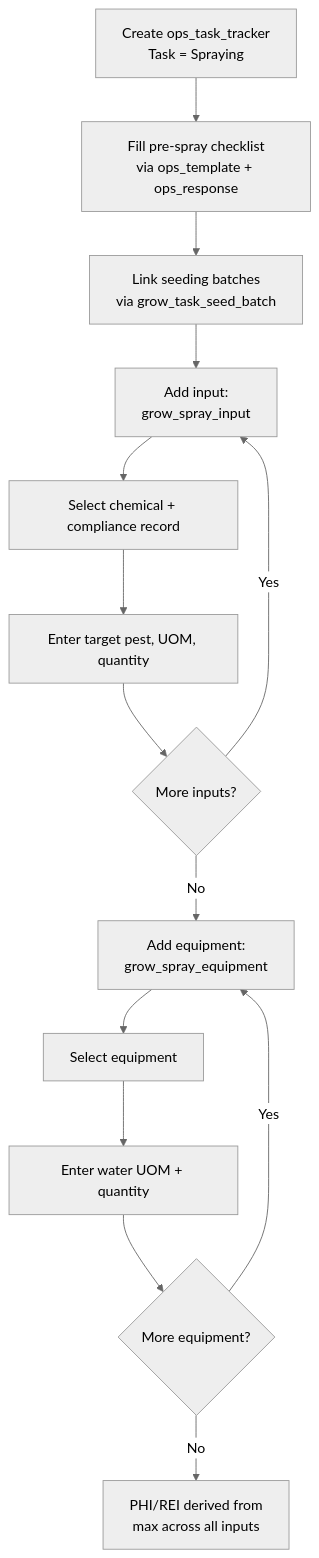
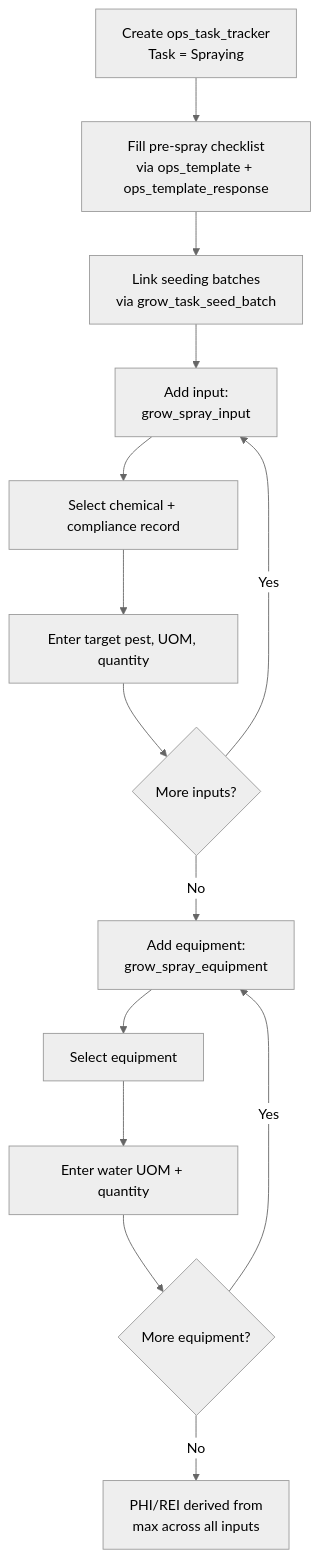
The diagram in docs/processes/20260324_06_grow_spraying_workflow.md (Hawaii-Farming/aloha-app), drawn with Mermaid (neutral theme) before and after one commit. The commit also changed other lines of this file and 9 other files, not shown here.

First line of the commit message:
Rename ops_question/response to ops_template_question/response, rename sales columns, cleanup

````diff
--- a/docs/processes/20260324_06_grow_spraying_workflow.md
+++ b/docs/processes/20260324_06_grow_spraying_workflow.md
@@ -69,16 +69,16 @@
 ```mermaid
 flowchart TD
-    A[Create ops_task_tracker\nTask = Spraying] --> B[Fill pre-spray checklist\nvia ops_template + ops_response]
+    A[Create ops_task_tracker\nTask = Spraying] --> B[Fill pre-spray checklist\nvia ops_template + ops_template_response]
     B --> C[Link seeding batches\nvia grow_task_seed_batch]
     C --> D[Add input:\ngrow_spray_input]
     D --> D1[Select chemical + compliance record]
     D1 --> D2[Enter target pest, UOM, quantity]
     D2 --> D3{More inputs?}
     D3 -->|Yes| D
     D3 -->|No| E[Add equipment:\ngrow_spray_equipment]
     E --> E1[Select equipment]
     E1 --> E2[Enter water UOM + quantity]
     E2 --> E3{More equipment?}
     E3 -->|Yes| E
     E3 -->|No| F[PHI/REI derived from\nmax across all inputs]
 ```
````
